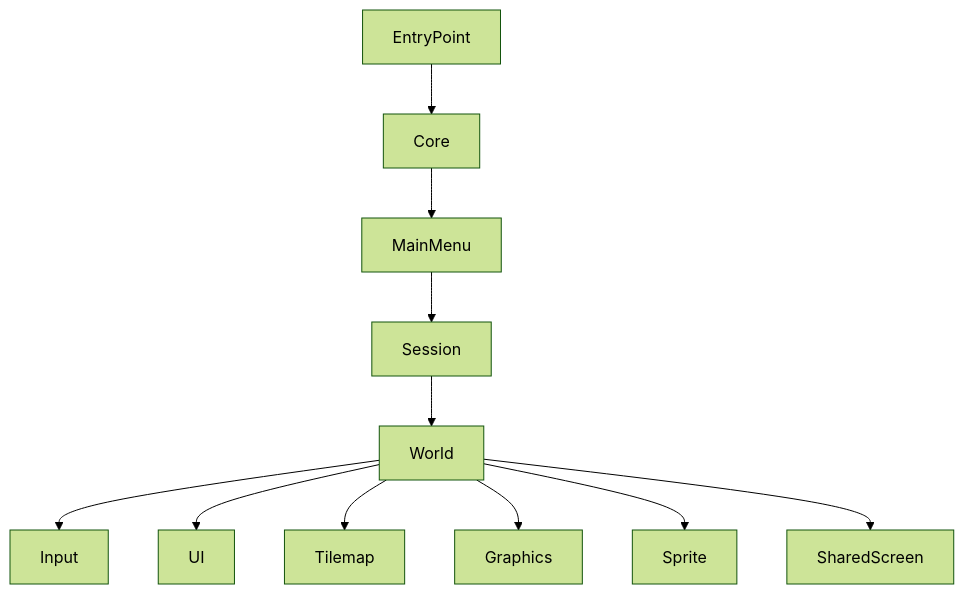
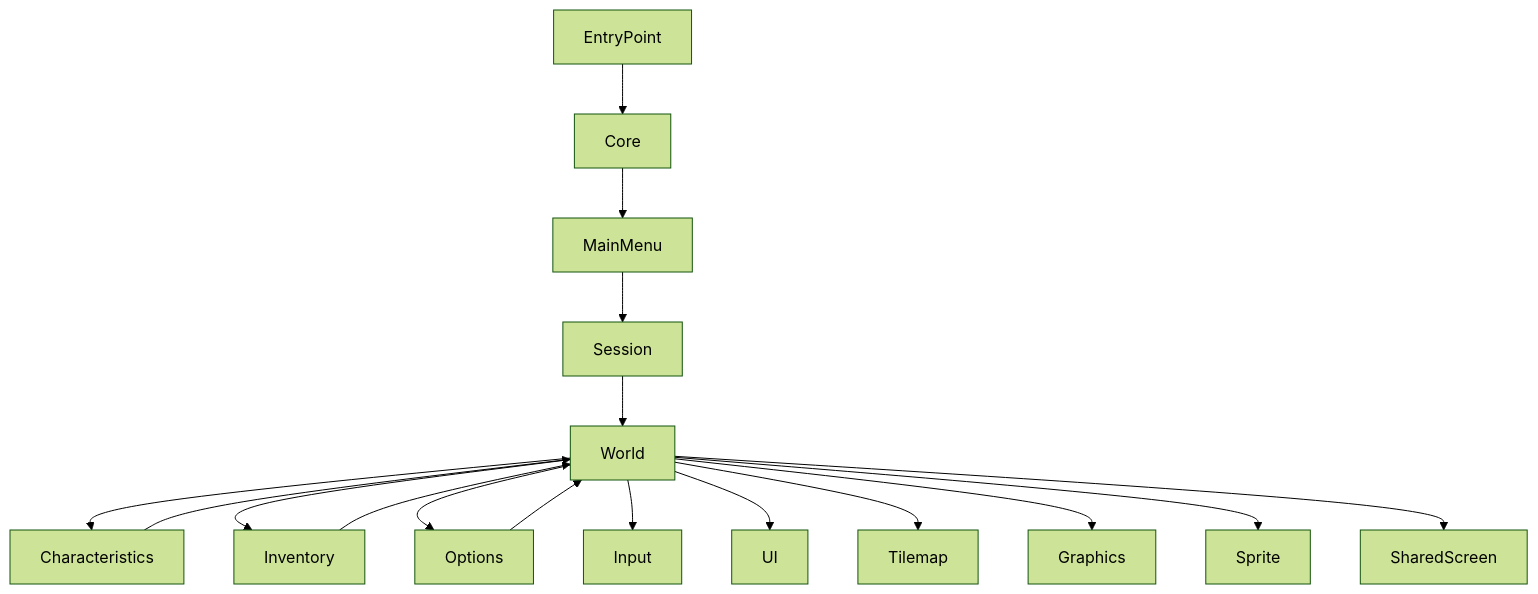
The diagram in Docs/Architecture/04_Source_Runtime_and_Modules.md (DeadlyKom/HoMM), drawn with Mermaid (forest theme) before and after one commit. The commit also changed other lines of this file and 8 other files, not shown here.

````diff
--- a/Docs/Architecture/04_Source_Runtime_and_Modules.md
+++ b/Docs/Architecture/04_Source_Runtime_and_Modules.md
@@ -323,14 +352,20 @@
 ```mermaid
 flowchart TD
     EntryPoint --> Core
     Core --> MainMenu
     MainMenu --> Session
     Session --> World
+    World --> Characteristics
+    World --> Inventory
+    World --> Options
+    Characteristics --> World
+    Inventory --> World
+    Options --> World
 
     World --> Input
     World --> UI
     World --> Tilemap
     World --> Graphics
     World --> Sprite
     World --> SharedScreen
 ```
````
